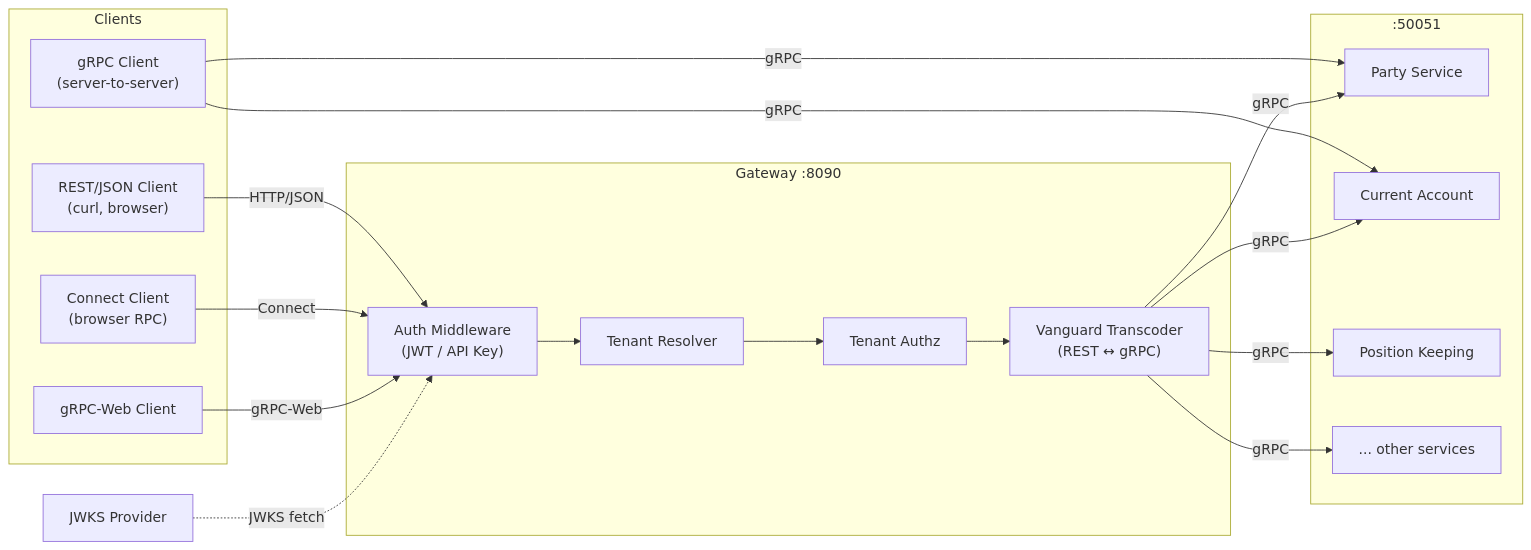
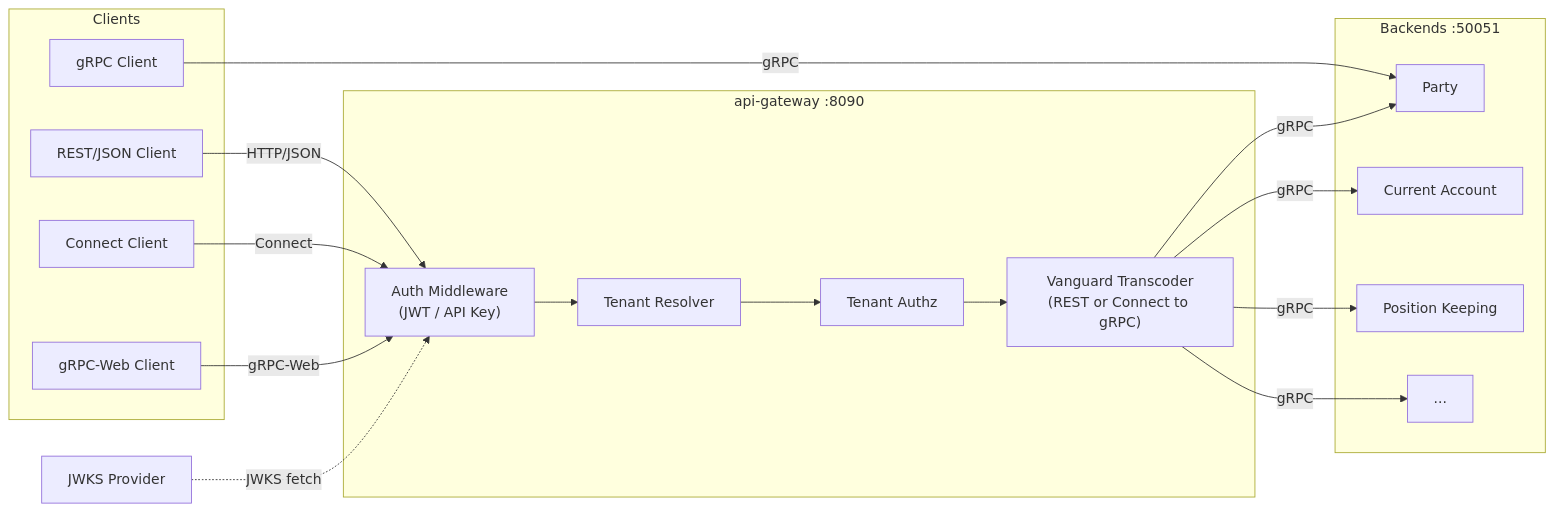
Before and after one commit to meridianhub/meridian: the diagram in services/api-gateway/README.md, drawn with Mermaid. The commit also changed other lines of this file and 4 other files, not shown here.

First line of the commit message:
docs: Add service README template and backfill Edge/Gateway services

````diff
--- a/services/api-gateway/README.md
+++ b/services/api-gateway/README.md
@@ -43,40 +191,39 @@
 ```mermaid
 flowchart LR
     subgraph Clients
-        REST["REST/JSON Client<br/>(curl, browser)"]
-        ConnectClient["Connect Client<br/>(browser RPC)"]
+        REST["REST/JSON Client"]
+        ConnectClient["Connect Client"]
         GRPCWeb["gRPC-Web Client"]
-        GRPC["gRPC Client<br/>(server-to-server)"]
+        GRPC["gRPC Client"]
     end
 
-    subgraph Gateway["Gateway :8090"]
+    subgraph Gateway["api-gateway :8090"]
         Auth["Auth Middleware<br/>(JWT / API Key)"]
         TenantRes["Tenant Resolver"]
         TenantAuthz["Tenant Authz"]
-        Vanguard["Vanguard Transcoder<br/>(REST ↔ gRPC)"]
+        Vanguard["Vanguard Transcoder<br/>(REST or Connect to gRPC)"]
     end
 
-    subgraph Backends[":50051"]
-        Party["Party Service"]
+    subgraph Backends["Backends :50051"]
+        Party["Party"]
         Account["Current Account"]
         PK["Position Keeping"]
-        Other["... other services"]
+        Other["..."]
     end
 
     JWKS["JWKS Provider"]
 
     REST -->|HTTP/JSON| Auth
     ConnectClient -->|Connect| Auth
     GRPCWeb -->|gRPC-Web| Auth
     GRPC -->|gRPC| Party
-    GRPC -->|gRPC| Account
 
     Auth --> TenantRes
     JWKS -.->|JWKS fetch| Auth
     TenantRes --> TenantAuthz
     TenantAuthz --> Vanguard
     Vanguard -->|gRPC| Party
     Vanguard -->|gRPC| Account
     Vanguard -->|gRPC| PK
     Vanguard -->|gRPC| Other
 ```
````
